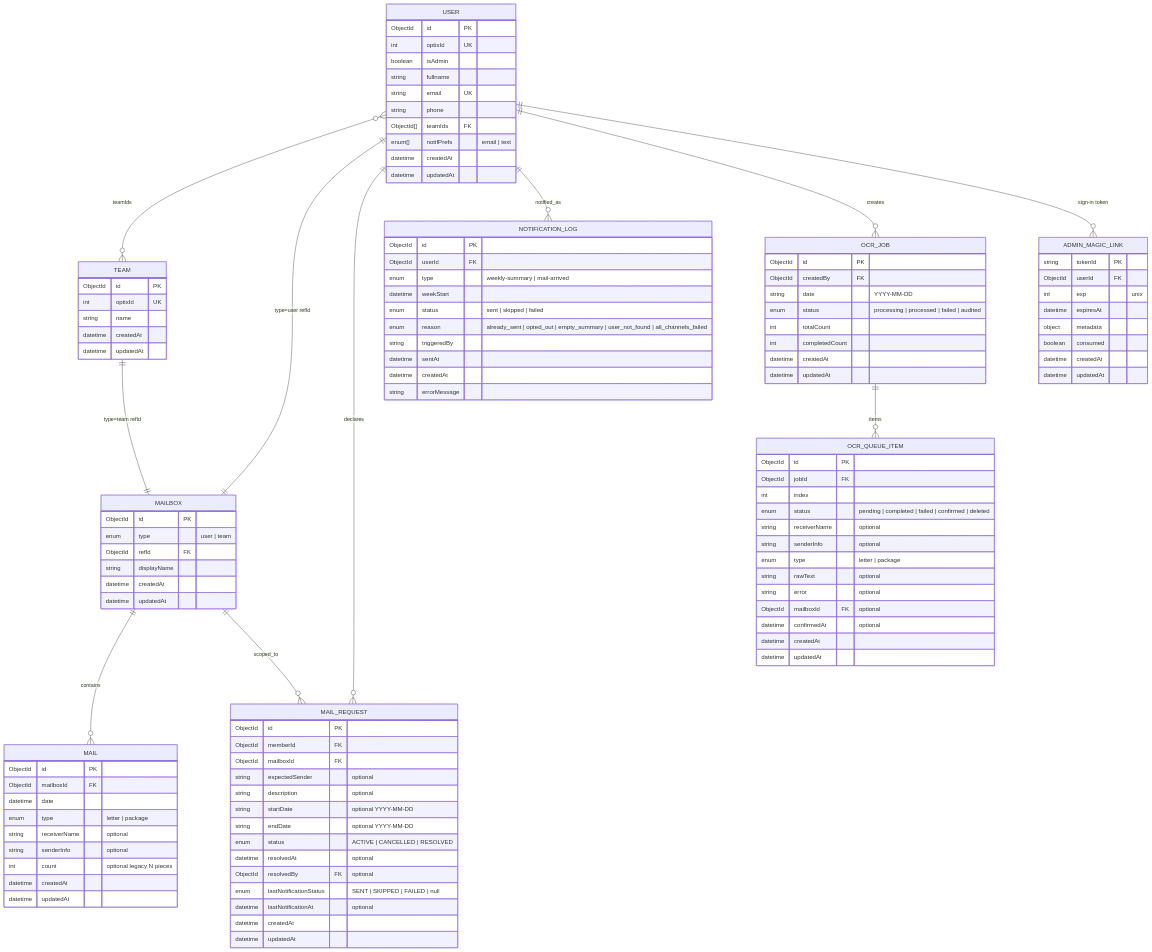
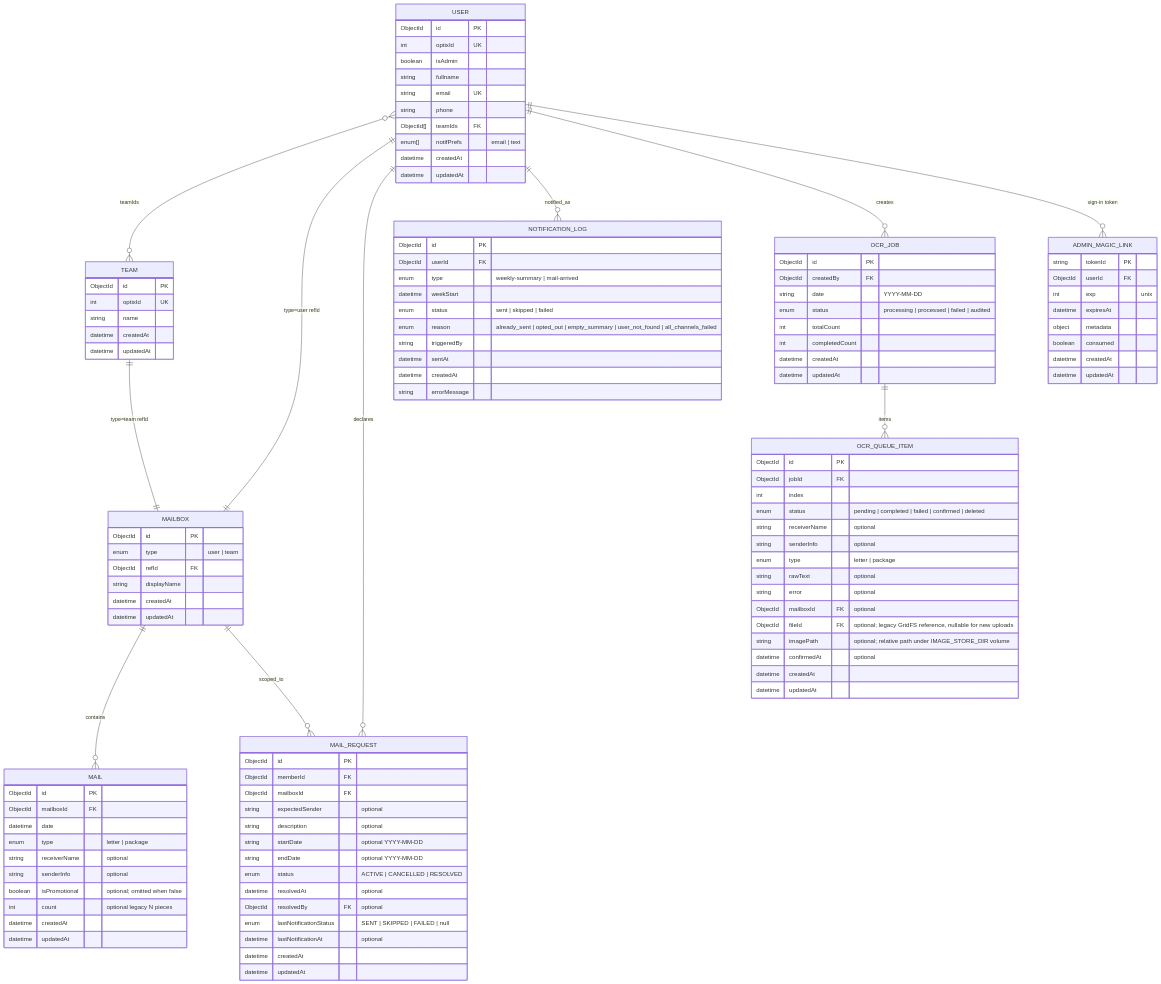
Before and after one commit to CMU-413/avenu: the diagram in docs/01-architecture/diagrams/data-model.mmd, drawn with Mermaid. The commit also changed 19 other files, not shown here.

```diff
--- a/docs/01-architecture/diagrams/data-model.mmd
+++ b/docs/01-architecture/diagrams/data-model.mmd
@@ -1,131 +1,134 @@
 erDiagram
 
     USER {
         ObjectId id PK
         int optixId UK
         boolean isAdmin
         string fullname
         string email UK
         string phone
         ObjectId[] teamIds FK
         enum[] notifPrefs "email | text"
         datetime createdAt
         datetime updatedAt
     }
 
     TEAM {
         ObjectId id PK
         int optixId UK
         string name
         datetime createdAt
         datetime updatedAt
     }
 
     MAILBOX {
         ObjectId id PK
         enum type "user | team"
         ObjectId refId FK
         string displayName
         datetime createdAt
         datetime updatedAt
     }
 
     MAIL {
         ObjectId id PK
         ObjectId mailboxId FK
         datetime date
         enum type "letter | package"
         string receiverName "optional"
         string senderInfo "optional"
+        boolean isPromotional "optional; omitted when false"
         int count "optional legacy N pieces"
         datetime createdAt
         datetime updatedAt
     }
 
     MAIL_REQUEST {
         ObjectId id PK
         ObjectId memberId FK
         ObjectId mailboxId FK
         string expectedSender "optional"
         string description "optional"
         string startDate "optional YYYY-MM-DD"
         string endDate "optional YYYY-MM-DD"
         enum status "ACTIVE | CANCELLED | RESOLVED"
         datetime resolvedAt "optional"
         ObjectId resolvedBy FK "optional"
         enum lastNotificationStatus "SENT | SKIPPED | FAILED | null"
         datetime lastNotificationAt "optional"
         datetime createdAt
         datetime updatedAt
     }
 
     NOTIFICATION_LOG {
         ObjectId id PK
         ObjectId userId FK
         enum type "weekly-summary | mail-arrived"
         datetime weekStart
         enum status "sent | skipped | failed"
         enum reason "already_sent | opted_out | empty_summary | user_not_found | all_channels_failed"
         string triggeredBy
         datetime sentAt
         datetime createdAt
         string errorMessage
     }
 
     OCR_JOB {
         ObjectId id PK
         ObjectId createdBy FK
         string date "YYYY-MM-DD"
         enum status "processing | processed | failed | audited"
         int totalCount
         int completedCount
         datetime createdAt
         datetime updatedAt
     }
 
     OCR_QUEUE_ITEM {
         ObjectId id PK
         ObjectId jobId FK
         int index
         enum status "pending | completed | failed | confirmed | deleted"
         string receiverName "optional"
         string senderInfo "optional"
         enum type "letter | package"
         string rawText "optional"
         string error "optional"
         ObjectId mailboxId FK "optional"
+        ObjectId fileId FK "optional; legacy GridFS reference, nullable for new uploads"
+        string imagePath "optional; relative path under IMAGE_STORE_DIR volume"
         datetime confirmedAt "optional"
         datetime createdAt
         datetime updatedAt
     }
 
     ADMIN_MAGIC_LINK {
         string tokenId PK
         ObjectId userId FK
         int exp "unix"
         datetime expiresAt
         object metadata
         boolean consumed
         datetime createdAt
         datetime updatedAt
     }
 
     %% Relationships (MongoDB: refs are ObjectIds; uniqueness via indexes, not FK enforcement)
 
     USER }o--o{ TEAM : "teamIds"
 
     USER ||--|| MAILBOX : "type=user refId"
     TEAM ||--|| MAILBOX : "type=team refId"
 
     MAILBOX ||--o{ MAIL : contains
     USER ||--o{ MAIL_REQUEST : declares
     MAILBOX ||--o{ MAIL_REQUEST : scoped_to
 
     USER ||--o{ NOTIFICATION_LOG : notified_as
 
     USER ||--o{ OCR_JOB : creates
     OCR_JOB ||--o{ OCR_QUEUE_ITEM : items
 
     USER ||--o{ ADMIN_MAGIC_LINK : "sign-in token"
 
     %% Confirming a queue item creates a MAIL row; no stored FK from mail back to OCR_QUEUE_ITEM
```
